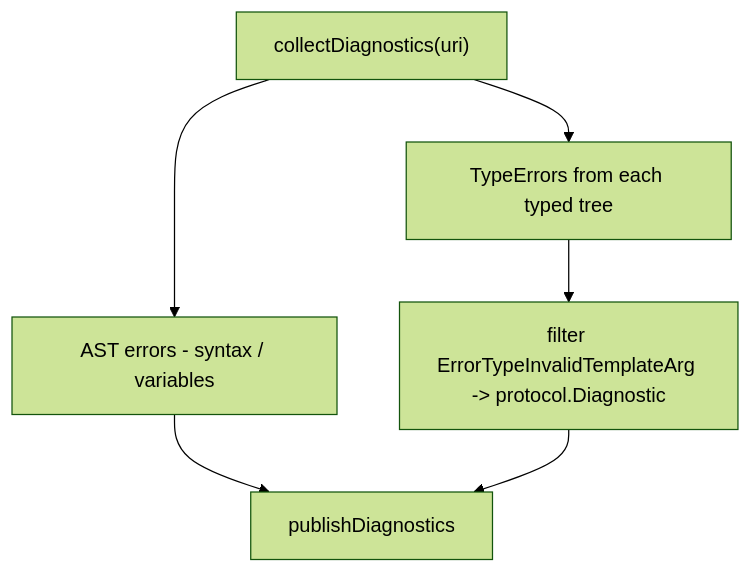
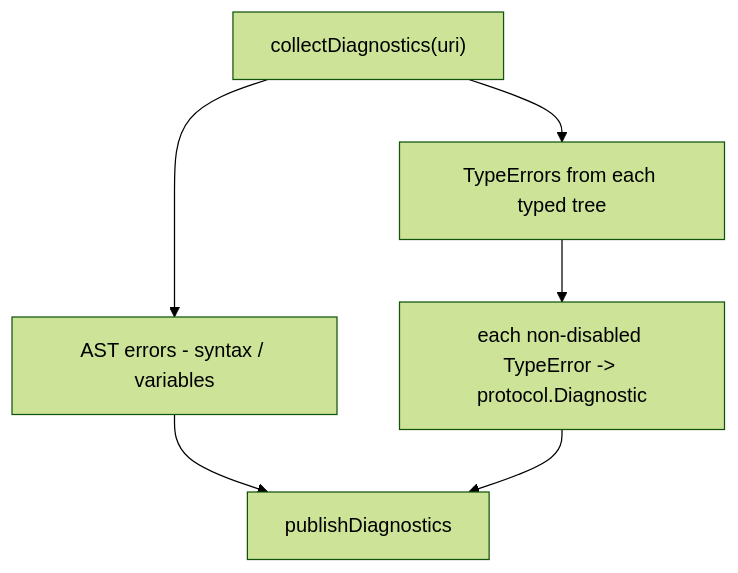
Before and after one commit to allseas/go-template-lsp: the second of 2 diagrams in docs/features/template_checking.md, drawn with Mermaid (forest theme). The commit also changed other lines of this file and 10 other files, not shown here.

````diff
--- a/docs/features/template_checking.md
+++ b/docs/features/template_checking.md
@@ -42,7 +44,7 @@
 ```mermaid
 flowchart TD
     A["collectDiagnostics(uri)"] --> B[AST errors - syntax / variables]
     A --> C["TypeErrors from each typed tree"]
-    C --> D[filter ErrorTypeInvalidTemplateArg -> protocol.Diagnostic]
+    C --> D["each non-disabled TypeError -> protocol.Diagnostic"]
     B & D --> E[publishDiagnostics]
 ```
````
